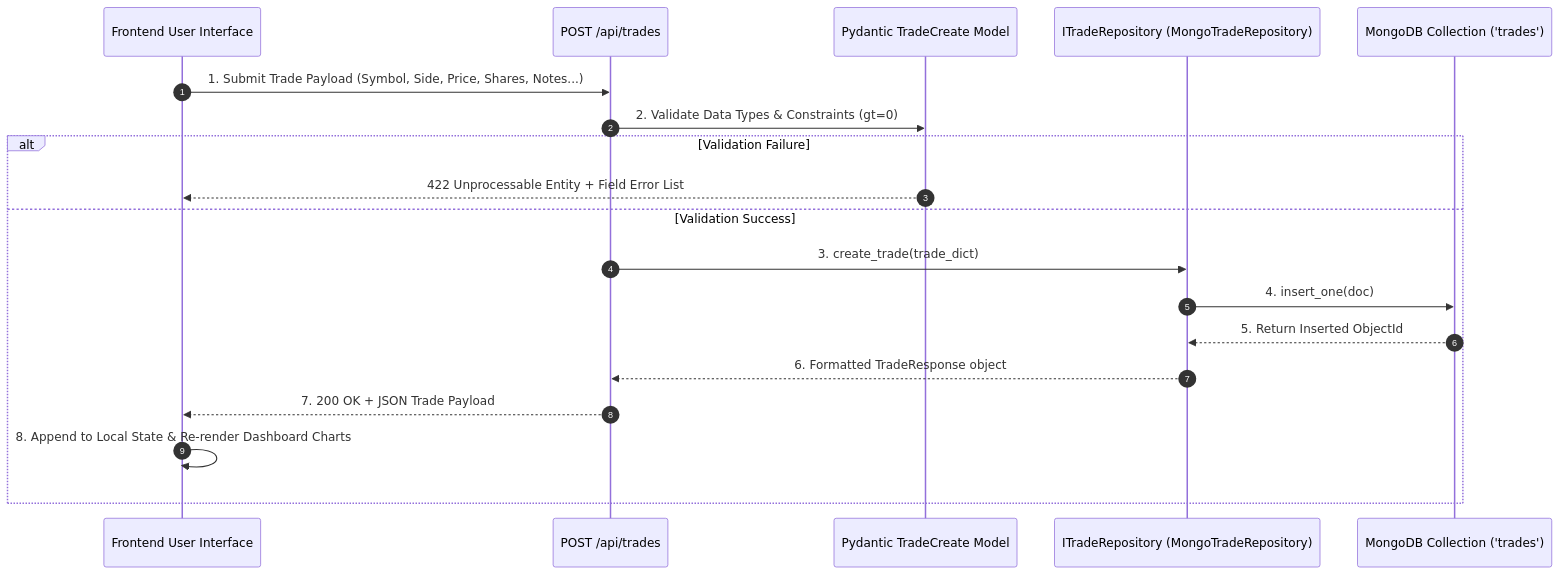
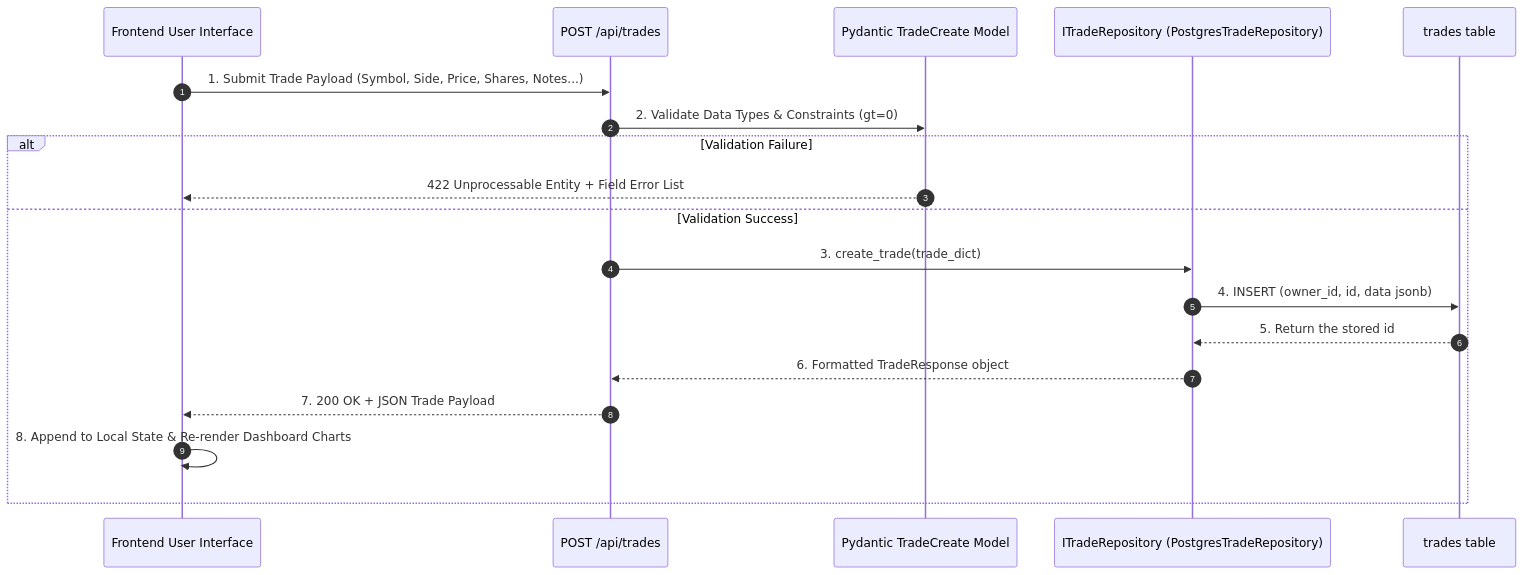
One commit to rachit-suresh/stock-journal changed the fourth of 7 diagrams in docs/architecture.md. Above: the diagram before and after it, drawn with Mermaid. The commit also changed other lines of this file and 5 other files, not shown here.

First line of the commit message:
docs: bring the v1.5 architecture, knowledge map, deployment guide and decision log up to date

````diff
--- a/docs/architecture.md
+++ b/docs/architecture.md
@@ -110,22 +111,22 @@
 ```mermaid
 sequenceDiagram
     autonumber
     participant UI as Frontend User Interface
     participant Endpoint as POST /api/trades
     participant Schema as Pydantic TradeCreate Model
-    participant Repo as ITradeRepository (MongoTradeRepository)
-    participant Mongo as MongoDB Collection ('trades')
+    participant Repo as ITradeRepository (PostgresTradeRepository)
+    participant TradesTable as trades table
 
     UI->>Endpoint: 1. Submit Trade Payload (Symbol, Side, Price, Shares, Notes...)
     Endpoint->>Schema: 2. Validate Data Types & Constraints (gt=0)
     alt Validation Failure
         Schema-->>UI: 422 Unprocessable Entity + Field Error List
     else Validation Success
         Endpoint->>Repo: 3. create_trade(trade_dict)
-        Repo->>Mongo: 4. insert_one(doc)
-        Mongo-->>Repo: 5. Return Inserted ObjectId
+        Repo->>TradesTable: 4. INSERT (owner_id, id, data jsonb)
+        TradesTable-->>Repo: 5. Return the stored id
         Repo-->>Endpoint: 6. Formatted TradeResponse object
         Endpoint-->>UI: 7. 200 OK + JSON Trade Payload
         UI->>UI: 8. Append to Local State & Re-render Dashboard Charts
     end
 ```
````
